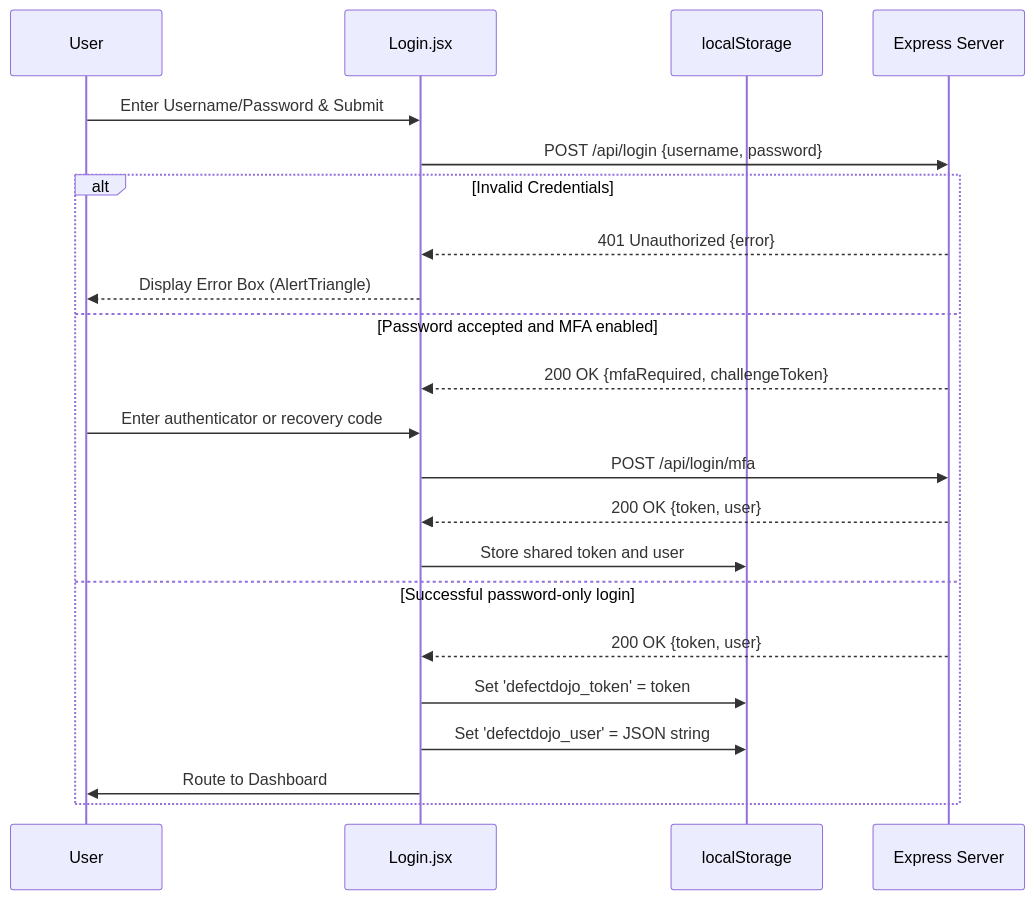
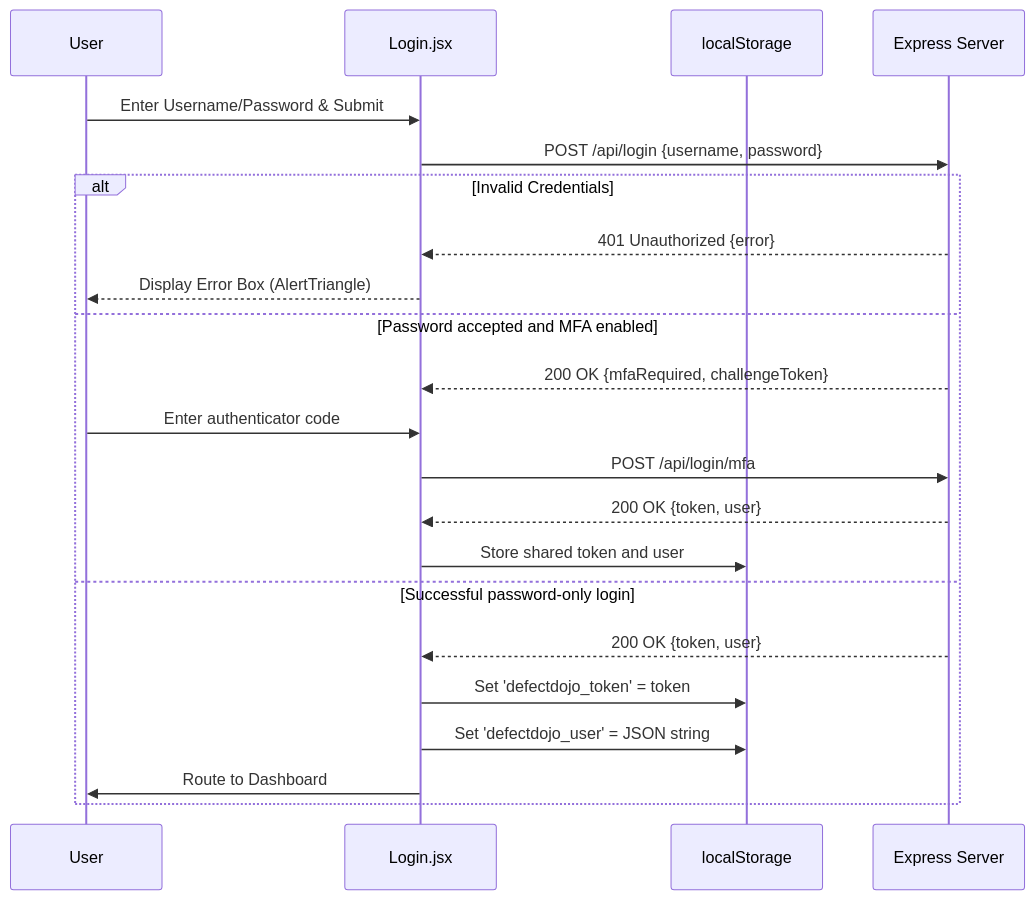
One commit to Ratthapoom681/Middleware-2.0 changed the second of 4 diagrams in apps/docs/content/00-overview.md. Above: the diagram before and after it, drawn with Mermaid. The commit also changed other lines of this file and 45 other files, not shown here.

````diff
--- a/apps/docs/content/00-overview.md
+++ b/apps/docs/content/00-overview.md
@@ -118,25 +118,25 @@
 ```mermaid
 sequenceDiagram
     participant User
     participant LoginUI as Login.jsx
     participant LocalStore as localStorage
     participant Server as Express Server
     
     User->>LoginUI: Enter Username/Password & Submit
     LoginUI->>Server: POST /api/login {username, password}
     alt Invalid Credentials
         Server-->>LoginUI: 401 Unauthorized {error}
         LoginUI-->>User: Display Error Box (AlertTriangle)
     else Password accepted and MFA enabled
         Server-->>LoginUI: 200 OK {mfaRequired, challengeToken}
-        User->>LoginUI: Enter authenticator or recovery code
+        User->>LoginUI: Enter authenticator code
         LoginUI->>Server: POST /api/login/mfa
         Server-->>LoginUI: 200 OK {token, user}
         LoginUI->>LocalStore: Store shared token and user
     else Successful password-only login
         Server-->>LoginUI: 200 OK {token, user}
         LoginUI->>LocalStore: Set 'defectdojo_token' = token
         LoginUI->>LocalStore: Set 'defectdojo_user' = JSON string
         LoginUI->>User: Route to Dashboard
     end
 ```
````
